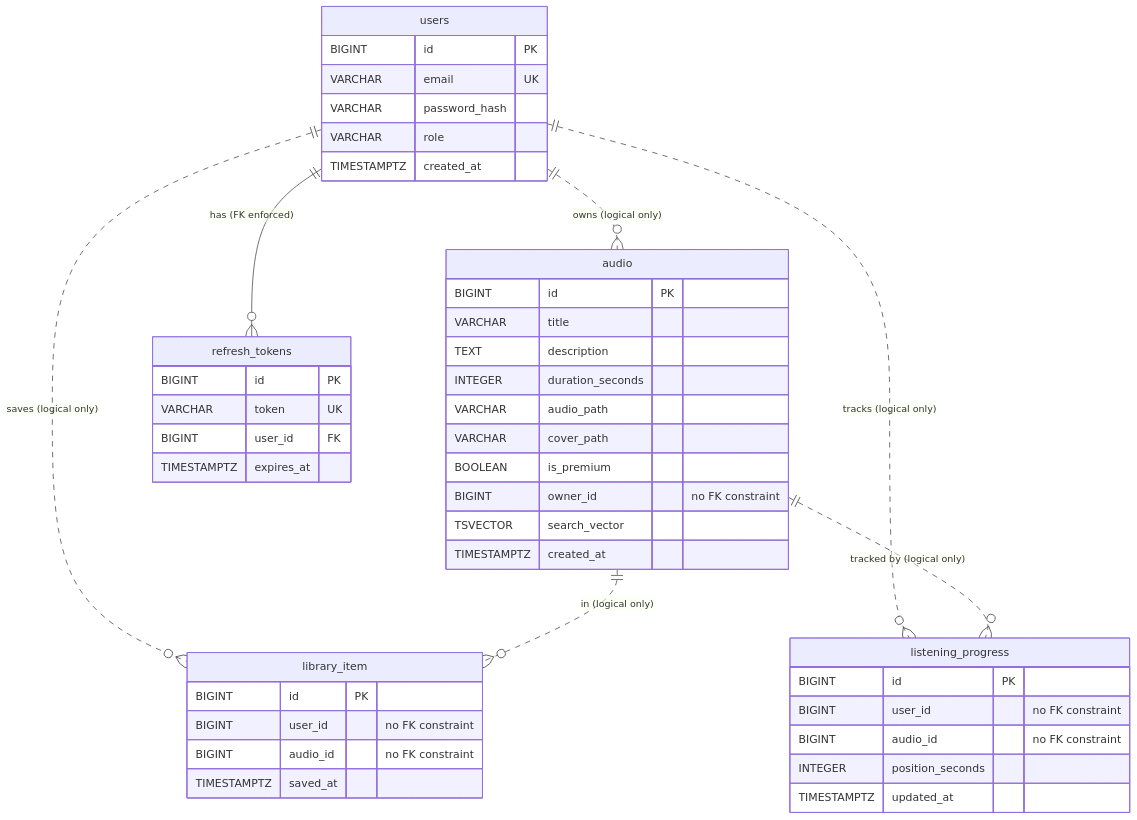
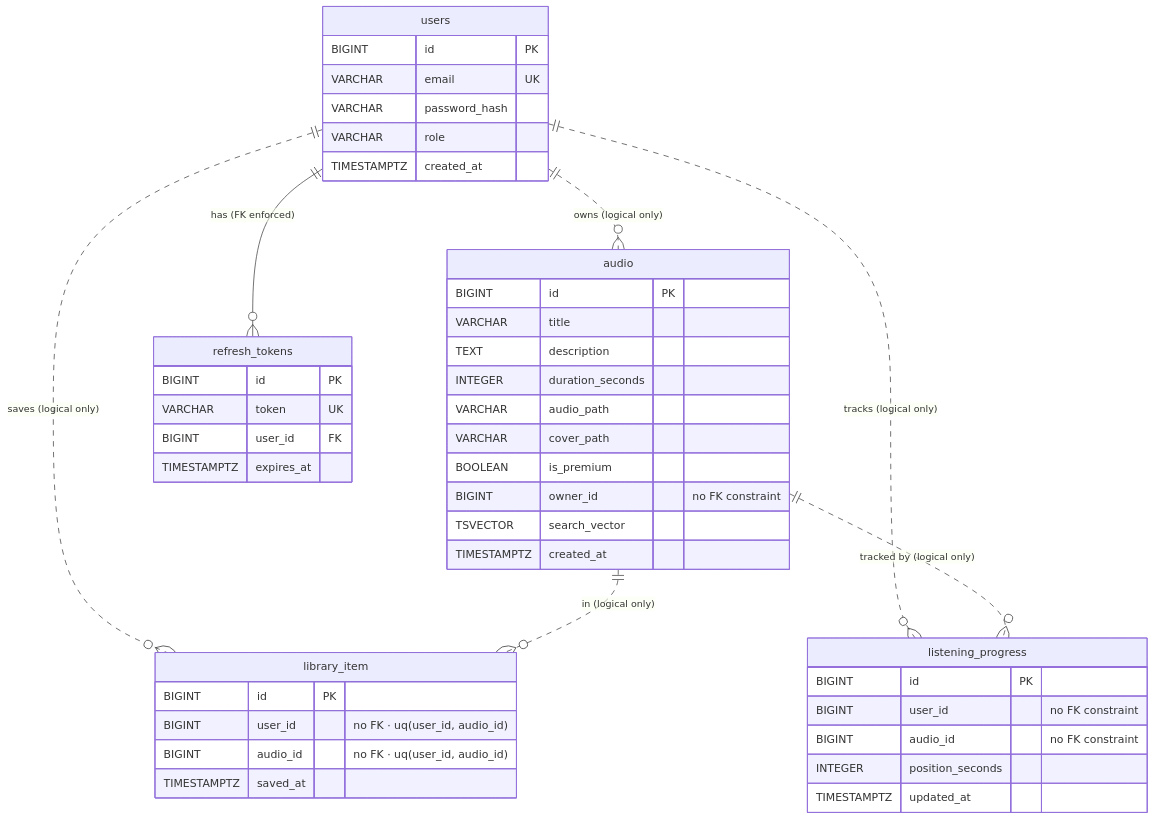
The fourth of 18 diagrams in audiostreaming/doc/component-diagrams.md (hazoe-dev/audio-streaming-platform), drawn with Mermaid before and after one commit.

Commit message:
chore: update document for ERD with library_item has description about unique constraint.

````diff
--- a/audiostreaming/doc/component-diagrams.md
+++ b/audiostreaming/doc/component-diagrams.md
@@ -111,48 +111,48 @@
 ```mermaid
 erDiagram
     users {
         BIGINT id PK
         VARCHAR email UK
         VARCHAR password_hash
         VARCHAR role
         TIMESTAMPTZ created_at
     }
     audio {
         BIGINT id PK
         VARCHAR title
         TEXT description
         INTEGER duration_seconds
         VARCHAR audio_path
         VARCHAR cover_path
         BOOLEAN is_premium
         BIGINT owner_id "no FK constraint"
         TSVECTOR search_vector
         TIMESTAMPTZ created_at
     }
     refresh_tokens {
         BIGINT id PK
         VARCHAR token UK
         BIGINT user_id FK
         TIMESTAMPTZ expires_at
     }
     library_item {
         BIGINT id PK
-        BIGINT user_id "no FK constraint"
-        BIGINT audio_id "no FK constraint"
+        BIGINT user_id "no FK · uq(user_id, audio_id)"
+        BIGINT audio_id "no FK · uq(user_id, audio_id)"
         TIMESTAMPTZ saved_at
     }
     listening_progress {
         BIGINT id PK
         BIGINT user_id "no FK constraint"
         BIGINT audio_id "no FK constraint"
         INTEGER position_seconds
         TIMESTAMPTZ updated_at
     }
 
     users ||--o{ refresh_tokens : "has (FK enforced)"
     users ||..o{ library_item : "saves (logical only)"
     users ||..o{ listening_progress : "tracks (logical only)"
     users ||..o{ audio : "owns (logical only)"
     audio ||..o{ library_item : "in (logical only)"
     audio ||..o{ listening_progress : "tracked by (logical only)"
 ```
````
